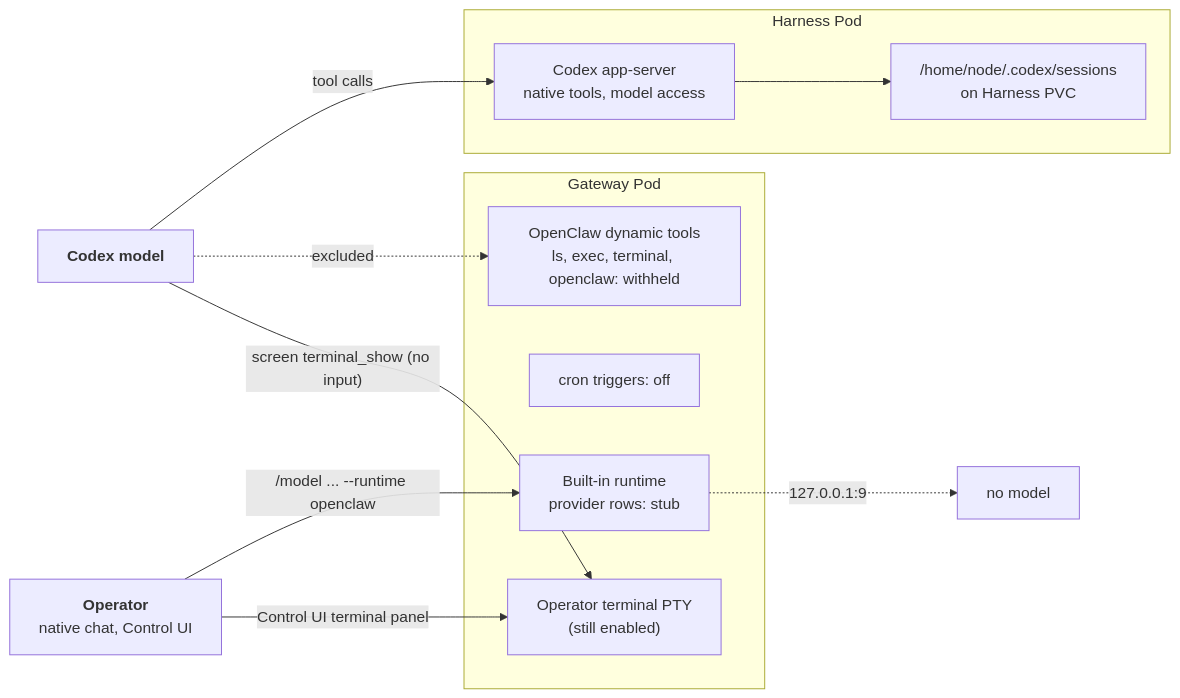
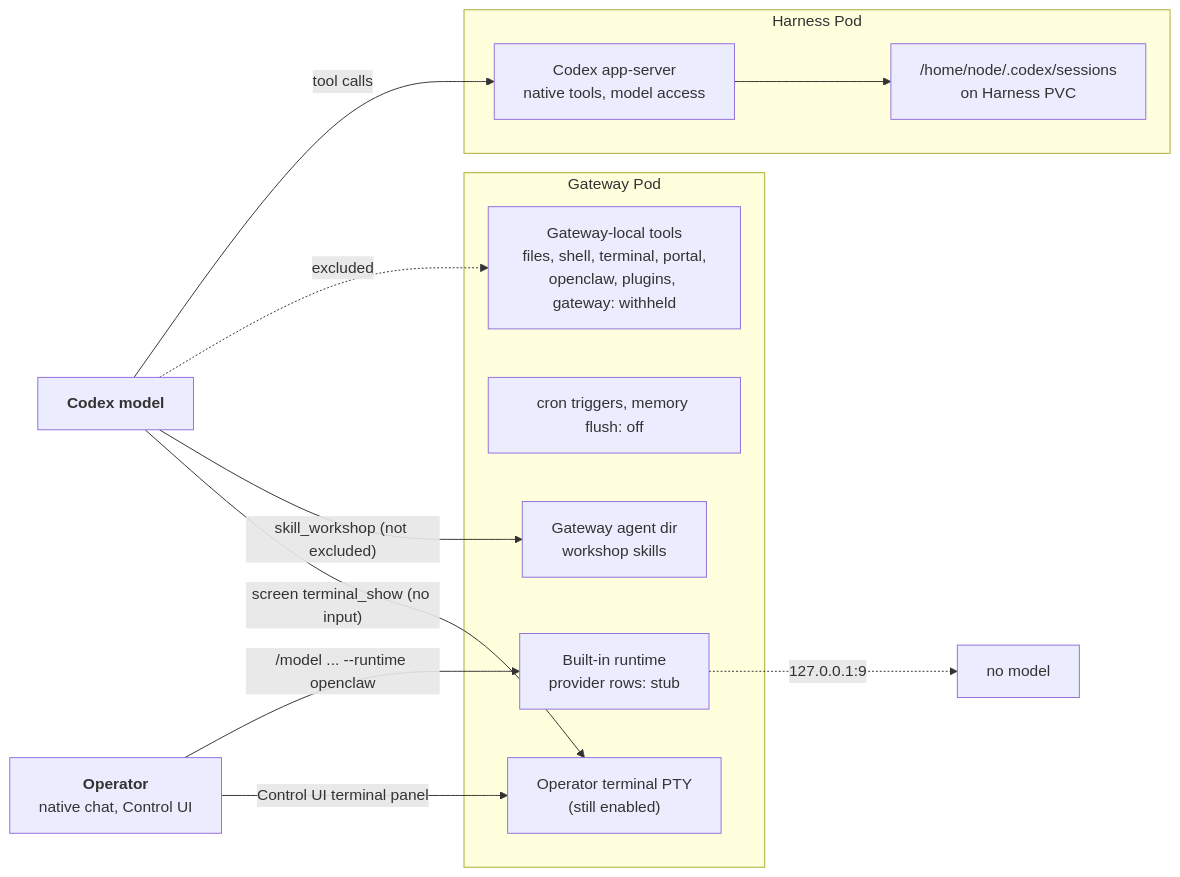
The diagram in specs/rfcs/0019-codex-gateway-isolation.md (anmol0b/openclaw-enterprise), drawn with Mermaid before and after one commit. The commit also changed other lines of this file and 1 other file, not shown here.

````diff
--- a/specs/rfcs/0019-codex-gateway-isolation.md
+++ b/specs/rfcs/0019-codex-gateway-isolation.md
@@ -144,22 +150,24 @@
 ```mermaid
 flowchart LR
   Operator["<b>Operator</b><br/>native chat, Control UI"]
   Model["<b>Codex model</b>"]
   subgraph GW["Gateway Pod"]
-    Tools["OpenClaw dynamic tools<br/>ls, exec, terminal, openclaw: withheld"]
-    Cron["cron triggers: off"]
+    Tools["Gateway-local tools<br/>files, shell, terminal, portal,<br/>openclaw, plugins, gateway: withheld"]
+    Off["cron triggers, memory flush: off"]
     Builtin["Built-in runtime<br/>provider rows: stub"]
+    AgentDir["Gateway agent dir<br/>workshop skills"]
     PTY["Operator terminal PTY<br/>(still enabled)"]
   end
   subgraph HP["Harness Pod"]
     Codex["Codex app-server<br/>native tools, model access"]
     Sessions["/home/node/.codex/sessions<br/>on Harness PVC"]
   end
   Model -->|tool calls| Codex
   Model -.->|excluded| Tools
+  Model -->|"skill_workshop (not excluded)"| AgentDir
   Operator -->|"/model ... --runtime openclaw"| Builtin
   Builtin -.->|"127.0.0.1:9"| Stub["no model"]
   Operator -->|"Control UI terminal panel"| PTY
   Model -->|"screen terminal_show (no input)"| PTY
   Codex --> Sessions
 ```
````
